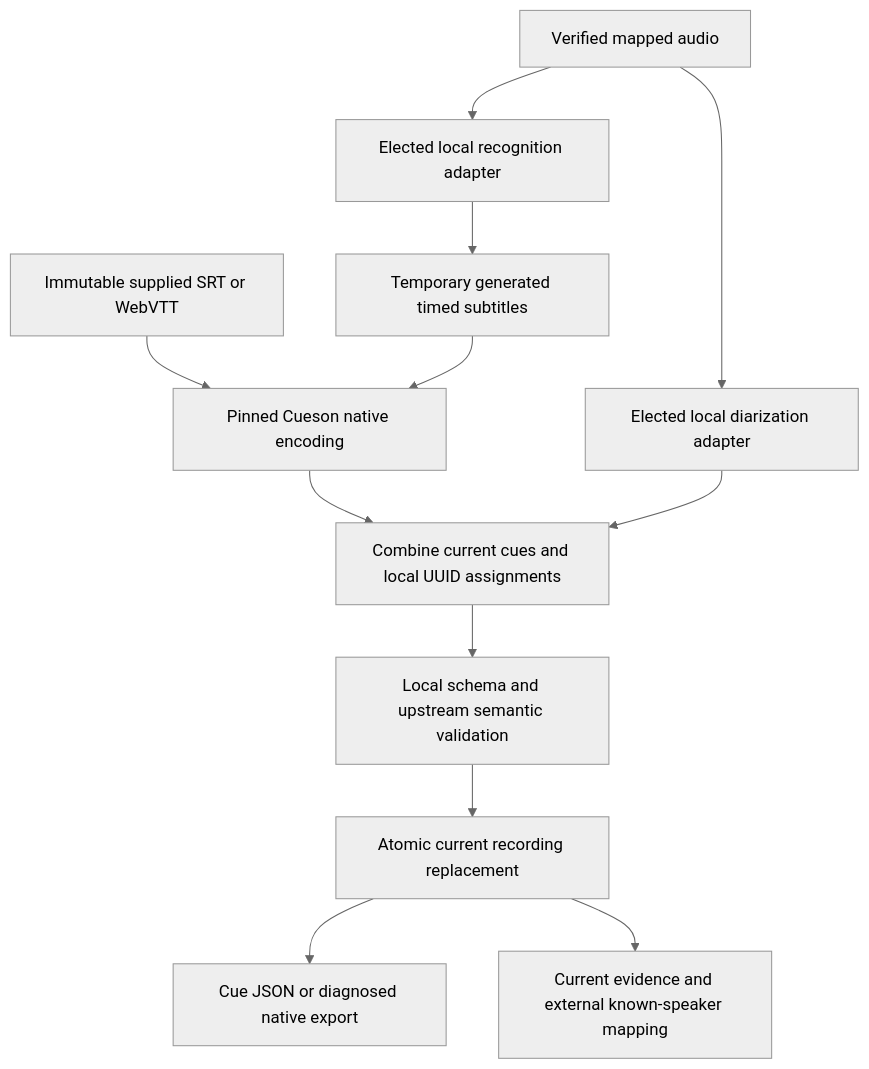
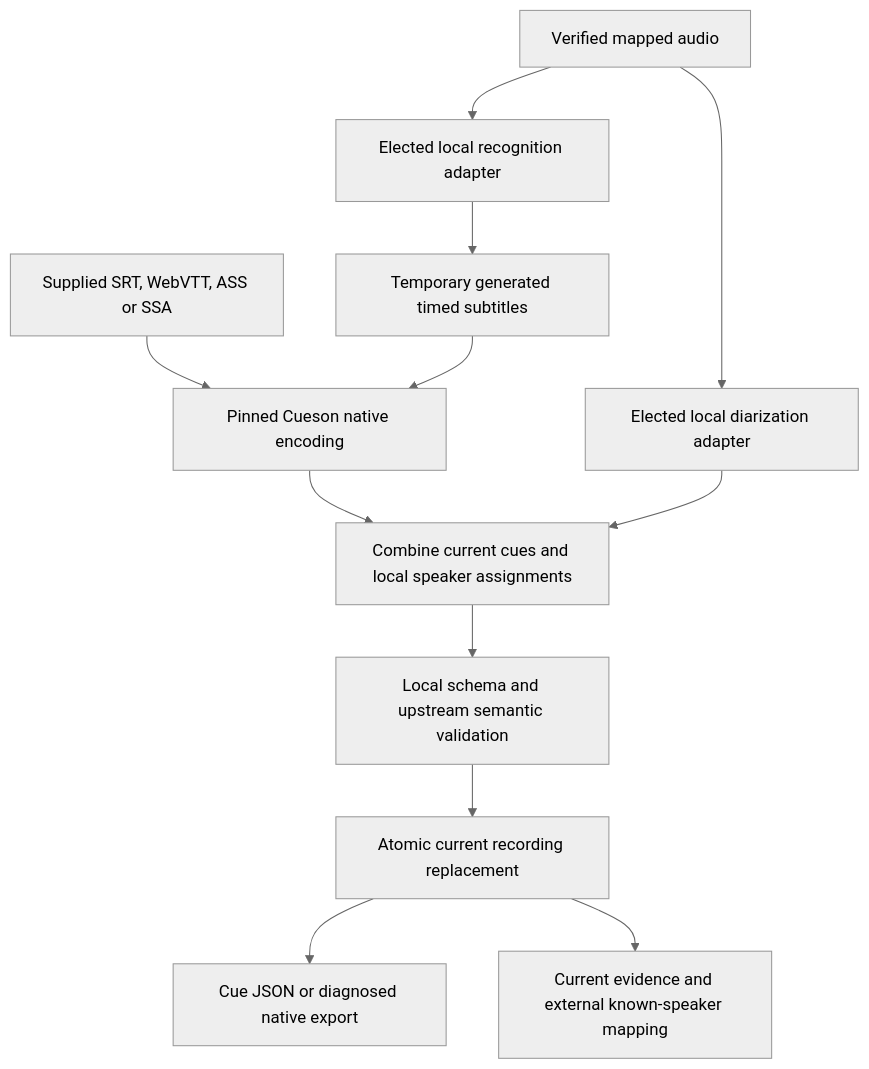
The diagram in docs/v0.0.0/subtitles.md (shruggietech/insonic), drawn with Mermaid (neutral theme) before and after one commit. The commit also changed other lines of this file and 94 other files, not shown here.

````diff
--- a/docs/v0.0.0/subtitles.md
+++ b/docs/v0.0.0/subtitles.md
@@ -13,14 +13,14 @@
 ```mermaid
 flowchart TB
-  Supplied[Immutable supplied SRT or WebVTT] --> Normalize[Pinned Cueson native encoding]
+  Supplied[Supplied SRT, WebVTT, ASS or SSA] --> Normalize[Pinned Cueson native encoding]
   Audio[Verified mapped audio] --> Recognition[Elected local recognition adapter]
   Recognition --> Native[Temporary generated timed subtitles]
   Native --> Normalize
   Audio --> Diarization[Elected local diarization adapter]
-  Normalize --> Assemble[Combine current cues and local UUID assignments]
+  Normalize --> Assemble[Combine current cues and local speaker assignments]
   Diarization --> Assemble
   Assemble --> Validate[Local schema and upstream semantic validation]
   Validate --> Commit[Atomic current recording replacement]
   Commit --> Export[Cue JSON or diagnosed native export]
   Commit --> References[Current evidence and external known-speaker mapping]
 ```
````
